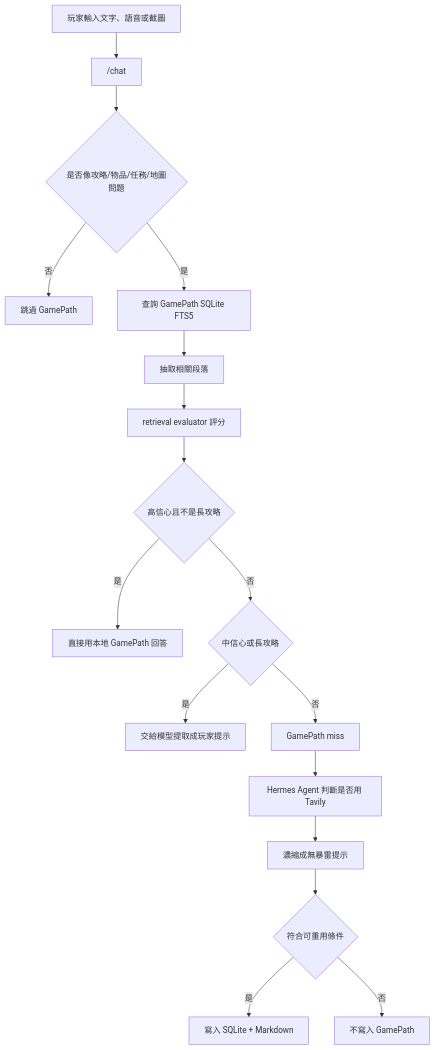
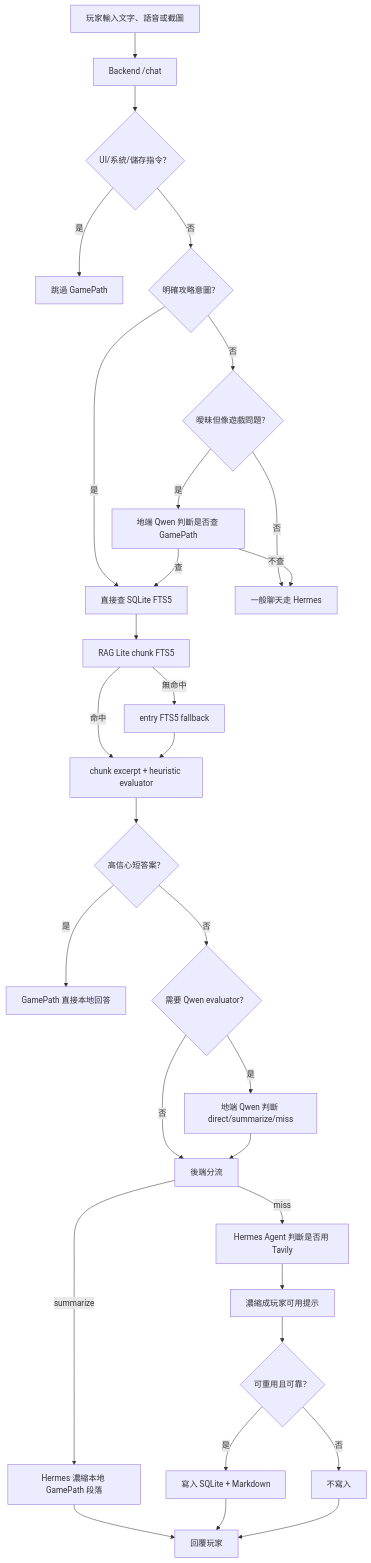
Before and after one commit to JaMoose-hub/iGPU: the first of 6 diagrams in docs/gamepath_architecture.md, drawn with Mermaid. The commit also changed other lines of this file and 52 other files, not shown here.

Commit message:
Add GamePath hybrid RAG workflow

````diff
--- a/docs/gamepath_architecture.md
+++ b/docs/gamepath_architecture.md
@@ -47,19 +95,32 @@
 ```mermaid
 flowchart TD
-    User["玩家輸入文字、語音或截圖"] --> Chat["/chat"]
-    Chat --> Intent{"是否像攻略/物品/任務/地圖問題"}
-    Intent -->|"否"| Skip["跳過 GamePath"]
-    Intent -->|"是"| Search["查詢 GamePath SQLite FTS5"]
-    Search --> Extract["抽取相關段落"]
-    Extract --> Evaluate["retrieval evaluator 評分"]
-    Evaluate --> Direct{"高信心且不是長攻略"}
-    Direct -->|"是"| LocalAnswer["直接用本地 GamePath 回答"]
-    Direct -->|"否"| Summarize{"中信心或長攻略"}
-    Summarize -->|"是"| ModelSummary["交給模型提取成玩家提示"]
-    Summarize -->|"否"| AgentRoute["GamePath miss"]
-    AgentRoute --> Hermes["Hermes Agent 判斷是否用 Tavily"]
-    Hermes --> Condense["濃縮成無暴雷提示"]
-    Condense --> Store{"符合可重用條件"}
+    User["玩家輸入文字、語音或截圖"] --> Chat["Backend /chat"]
+    Chat --> HardSkip{"UI/系統/儲存指令？"}
+    HardSkip -->|"是"| Skip["跳過 GamePath"]
+    HardSkip -->|"否"| Explicit{"明確攻略意圖？"}
+    Explicit -->|"是"| Search["直接查 SQLite FTS5"]
+    Explicit -->|"否"| Ambiguous{"曖昧但像遊戲問題？"}
+    Ambiguous -->|"否"| General["一般聊天走 Hermes"]
+    Ambiguous -->|"是"| QwenRoute["地端 Qwen 判斷是否查 GamePath"]
+    QwenRoute -->|"不查"| General
+    QwenRoute -->|"查"| Search
+    Search --> ChunkFTS["RAG Lite chunk FTS5"]
+    ChunkFTS -->|"命中"| Eval["chunk excerpt + heuristic evaluator"]
+    ChunkFTS -->|"無命中"| EntryFTS["entry FTS5 fallback"]
+    EntryFTS --> Eval
+    Eval --> Direct{"高信心短答案？"}
+    Direct -->|"是"| LocalAnswer["GamePath 直接本地回答"]
+    Direct -->|"否"| QwenEval{"需要 Qwen evaluator？"}
+    QwenEval -->|"是"| LocalJudge["地端 Qwen 判斷 direct/summarize/miss"]
+    QwenEval -->|"否"| Route["後端分流"]
+    LocalJudge --> Route
+    Route -->|"summarize"| HermesSummary["Hermes 濃縮本地 GamePath 段落"]
+    Route -->|"miss"| HermesWeb["Hermes Agent 判斷是否用 Tavily"]
+    HermesWeb --> Condense["濃縮成玩家可用提示"]
+    HermesSummary --> Player["回覆玩家"]
+    Condense --> Store{"可重用且可靠？"}
     Store -->|"是"| Write["寫入 SQLite + Markdown"]
-    Store -->|"否"| NoWrite["不寫入 GamePath"]
+    Store -->|"否"| NoWrite["不寫入"]
+    Write --> Player
+    NoWrite --> Player
 ```
````
